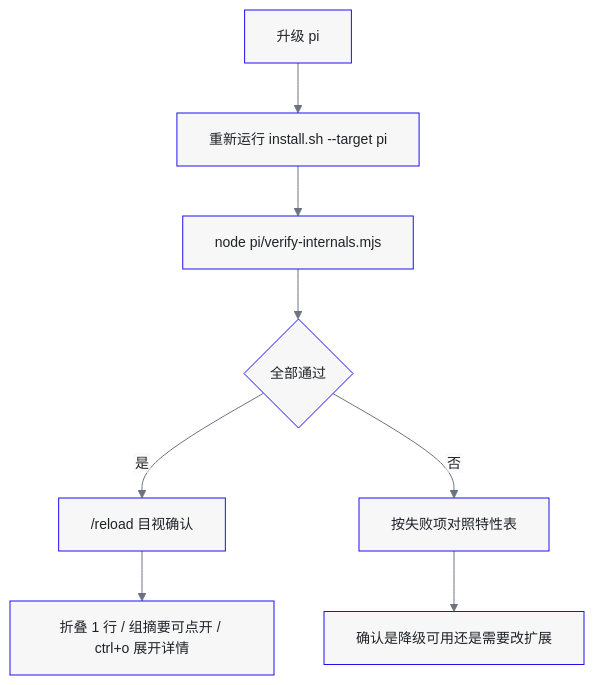
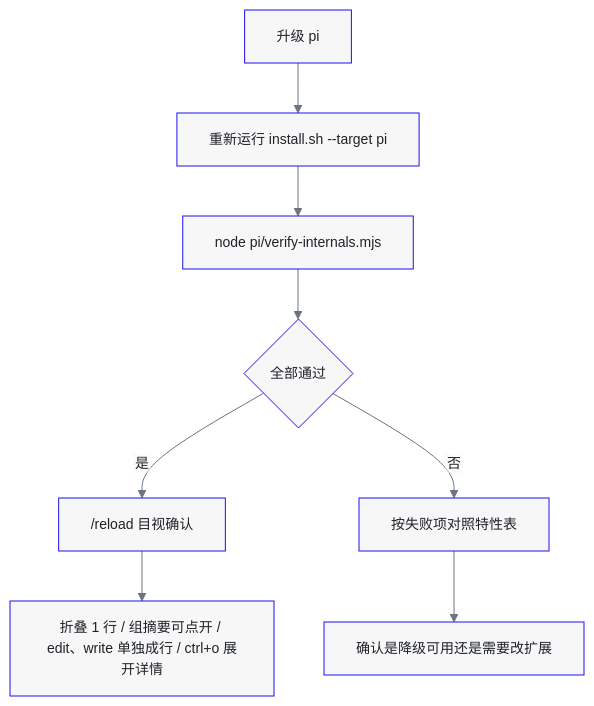
Before and after one commit to liuxueyong123/agent-config: the diagram in pi/README.md, drawn with Mermaid. The commit also changed other lines of this file and 3 other files, not shown here.

First line of the commit message:
feat(pi): edit 与 write 工具调用不进折叠组

````diff
--- a/pi/README.md
+++ b/pi/README.md
@@ -46,11 +47,11 @@
 ```mermaid
 %%{init: {"theme": "base", "themeVariables": {"fontFamily": "PingFang SC, Microsoft YaHei, Noto Sans CJK SC, Inter, sans-serif", "primaryColor": "#F7F7F8", "primaryTextColor": "#1F2328", "primaryBorderColor": "#1F11ED", "lineColor": "#6B7280", "fontSize": "14px"}, "flowchart": {"htmlLabels": false, "padding": 16, "curve": "basis"}}}%%
 flowchart TD
     A[升级 pi] --> B[重新运行 install.sh --target pi]
     B --> C[node pi/verify-internals.mjs]
     C --> D{全部通过}
     D -->|是| E["/reload 目视确认"]
     D -->|否| F[按失败项对照特性表]
     F --> G[确认是降级可用还是需要改扩展]
-    E --> H[折叠 1 行 / 组摘要可点开 / ctrl+o 展开详情]
+    E --> H[折叠 1 行 / 组摘要可点开 / edit、write 单独成行 / ctrl+o 展开详情]
 ```
````
